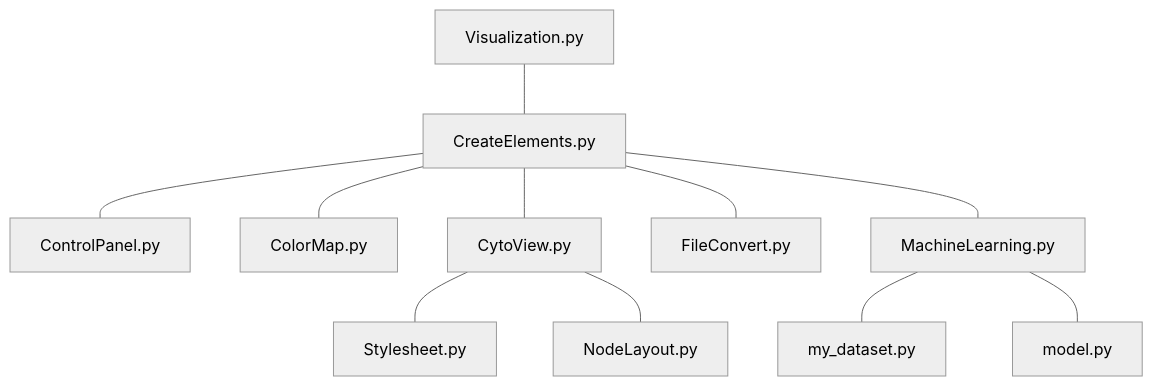
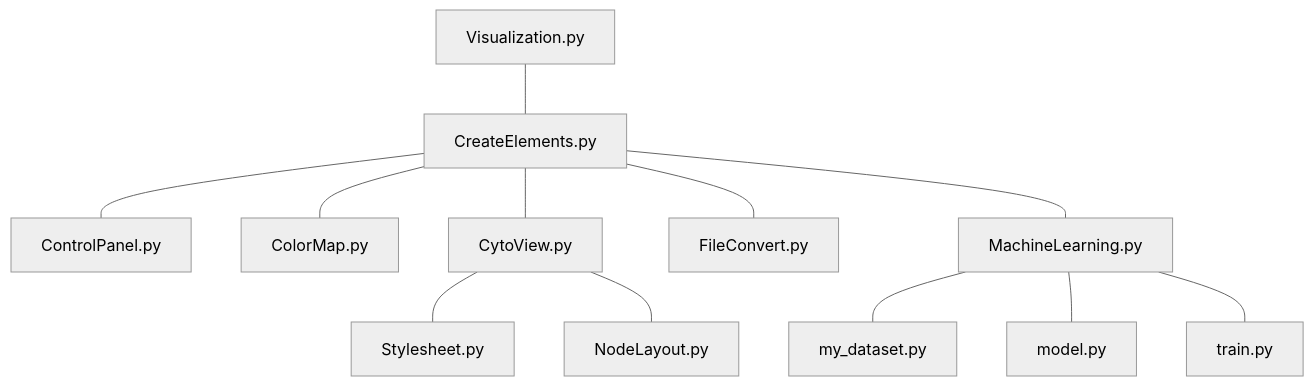
One commit to mehdi123dj/VIZ_API changed the diagram in README.md. Above: the diagram before and after it, drawn with Mermaid (neutral theme). The commit also changed other lines of this file, not shown here.

````diff
--- a/README.md
+++ b/README.md
@@ -204,13 +192,14 @@
 ```mermaid
   graph TD;
       Visualization.py---CreateElements.py;
       CreateElements.py---ControlPanel.py;
       CreateElements.py---ColorMap.py;
       CreateElements.py---CytoView.py;
       CreateElements.py---FileConvert.py;
       CreateElements.py---MachineLearning.py;
       MachineLearning.py---my_dataset.py;
       MachineLearning.py---model.py;
+      MachineLearning.py---train.py;
       CytoView.py---Stylesheet.py;
       CytoView.py---NodeLayout.py;
 ```
````
